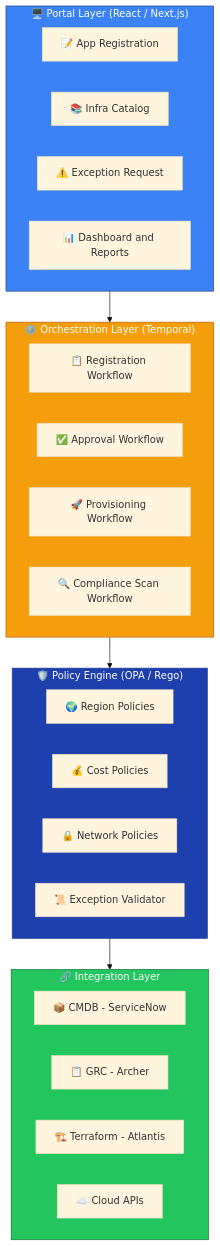
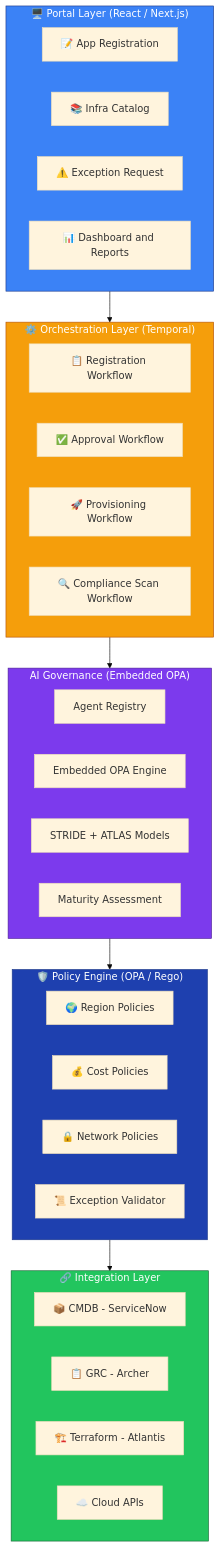
Before and after one commit to lvonguyen/cloudforge: the diagram in README.md, drawn with Mermaid.

Commit message:
docs: add AI governance subgraph to architecture diagram
Insert embedded OPA engine, agent registry, STRIDE+ATLAS models, and
maturity assessment layer between Orchestration and Policy Engine.
Purple (#7c3aed) distinguishes embedded OPA from HTTP REST OPA.

````diff
--- a/README.md
+++ b/README.md
@@ -113,39 +113,48 @@
 ```mermaid
 %%{init: {'theme': 'base', 'themeVariables': {'fontFamily': 'Georgia'}}}%%
 flowchart TB
     subgraph Portal["🖥️ Portal Layer (React / Next.js)"]
         style Portal fill:#3b82f6,stroke:#1e3a8a,color:#fff
         A1["📝 App Registration"]
         A2["📚 Infra Catalog"]
         A3["⚠️ Exception Request"]
         A4["📊 Dashboard and Reports"]
     end
 
     subgraph Orchestration["⚙️ Orchestration Layer (Temporal)"]
         style Orchestration fill:#f59e0b,stroke:#b45309,color:#fff
         B1["📋 Registration Workflow"]
         B2["✅ Approval Workflow"]
         B3["🚀 Provisioning Workflow"]
         B4["🔍 Compliance Scan Workflow"]
     end
 
+    subgraph AIGovernance["AI Governance (Embedded OPA)"]
+        style AIGovernance fill:#7c3aed,stroke:#4c1d95,color:#fff
+        E1["Agent Registry"]
+        E2["Embedded OPA Engine"]
+        E3["STRIDE + ATLAS Models"]
+        E4["Maturity Assessment"]
+    end
+
     subgraph Policy["🛡️ Policy Engine (OPA / Rego)"]
         style Policy fill:#1e40af,stroke:#1e3a8a,color:#fff
         C1["🌍 Region Policies"]
         C2["💰 Cost Policies"]
         C3["🔒 Network Policies"]
         C4["📜 Exception Validator"]
     end
 
     subgraph Integration["🔗 Integration Layer"]
         style Integration fill:#22c55e,stroke:#166534,color:#fff
         D1["📦 CMDB - ServiceNow"]
         D2["📋 GRC - Archer"]
         D3["🏗️ Terraform - Atlantis"]
         D4["☁️ Cloud APIs"]
     end
 
     Portal --> Orchestration
-    Orchestration --> Policy
+    Orchestration --> AIGovernance
+    AIGovernance --> Policy
     Policy --> Integration
 ```
````
